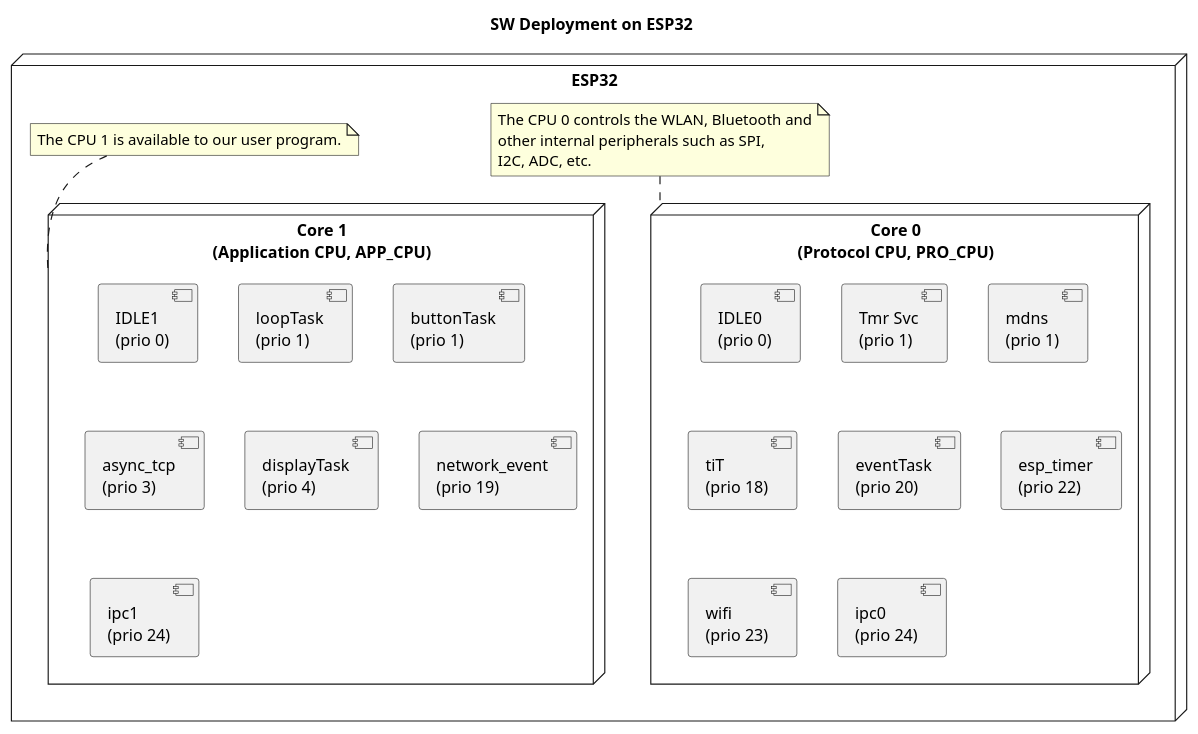
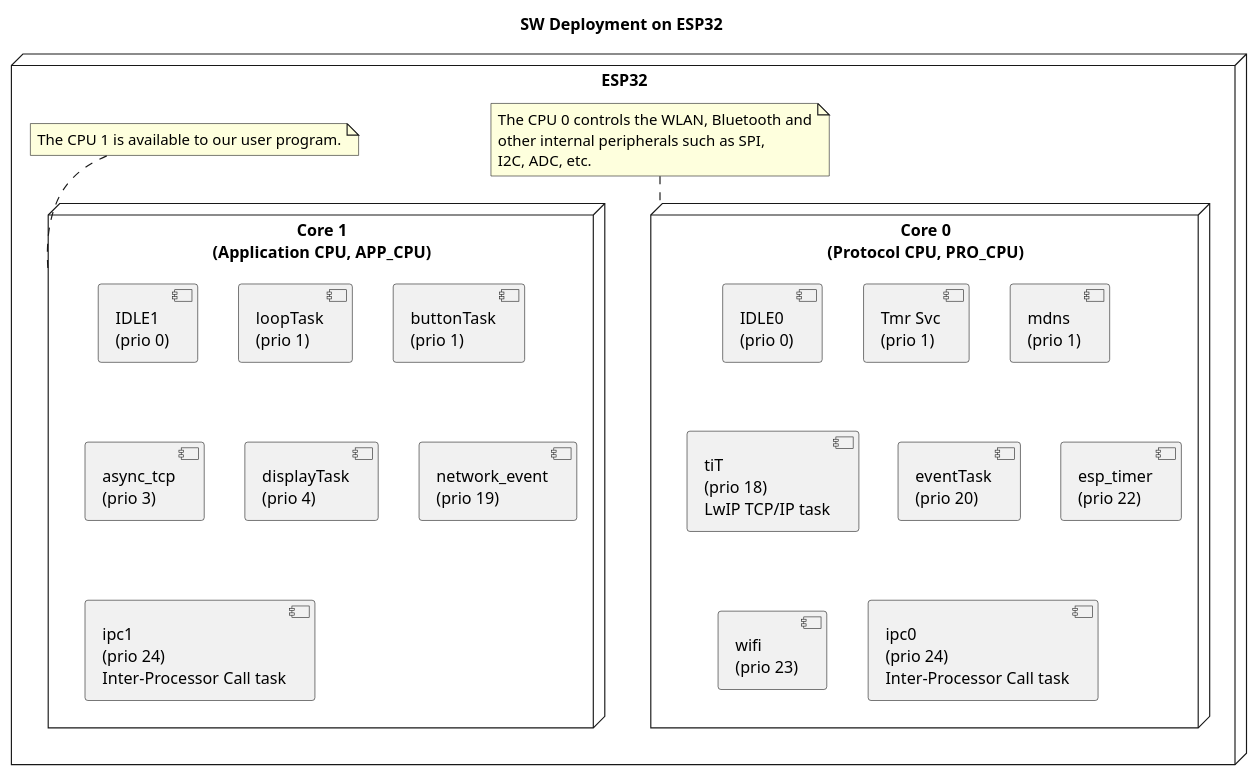
One commit to BlueAndi/Pixelix changed the diagram in doc/design/sw-deployment.plantuml. Above: the diagram before and after it, drawn with PlantUML.

Commit message:
Some additionals infos added regarding tasks.

```diff
--- a/doc/design/sw-deployment.plantuml
+++ b/doc/design/sw-deployment.plantuml
@@ -1,41 +1,41 @@
 @startuml
 
 title SW Deployment on ESP32
 
 node "ESP32" {
 
     node "Core 0\n(Protocol CPU, PRO_CPU)" as proCpu {
 
         component "IDLE0\n(prio 0)" as idle1Task
         component "Tmr Svc\n(prio 1)" as tmrSvcTask
         component "mdns\n(prio 1)" as mdnsTask
-        component "tiT\n(prio 18)" as tiTTask
+        component "tiT\n(prio 18)\nLwIP TCP/IP task" as tiTTask
         component "eventTask\n(prio 20)" as eventTask
         component "esp_timer\n(prio 22)" as espTimerTask
         component "wifi\n(prio 23)" as wifiTask
-        component "ipc0\n(prio 24)" as ipc0Task
+        component "ipc0\n(prio 24)\nInter-Processor Call task" as ipc0Task
     }
     
     node "Core 1\n(Application CPU, APP_CPU)" as appCpu {
     
         component "IDLE1\n(prio 0)" as idle0Task
         component "loopTask\n(prio 1)" as loopTask
         component "buttonTask\n(prio 1)" as buttonTask
         component "async_tcp\n(prio 3)" as asyncTcpTask
         component "displayTask\n(prio 4)" as displayTask
         component "network_event\n(prio 19)" as networkEventTask
-        component "ipc1\n(prio 24)" as ipc1Task
+        component "ipc1\n(prio 24)\nInter-Processor Call task" as ipc1Task
     }
 
     note top of proCpu
         The CPU 0 controls the WLAN, Bluetooth and
         other internal peripherals such as SPI,
         I2C, ADC, etc.
     end note
 
     note top of appCpu
         The CPU 1 is available to our user program.
     end note
 }
 
 @enduml
```
